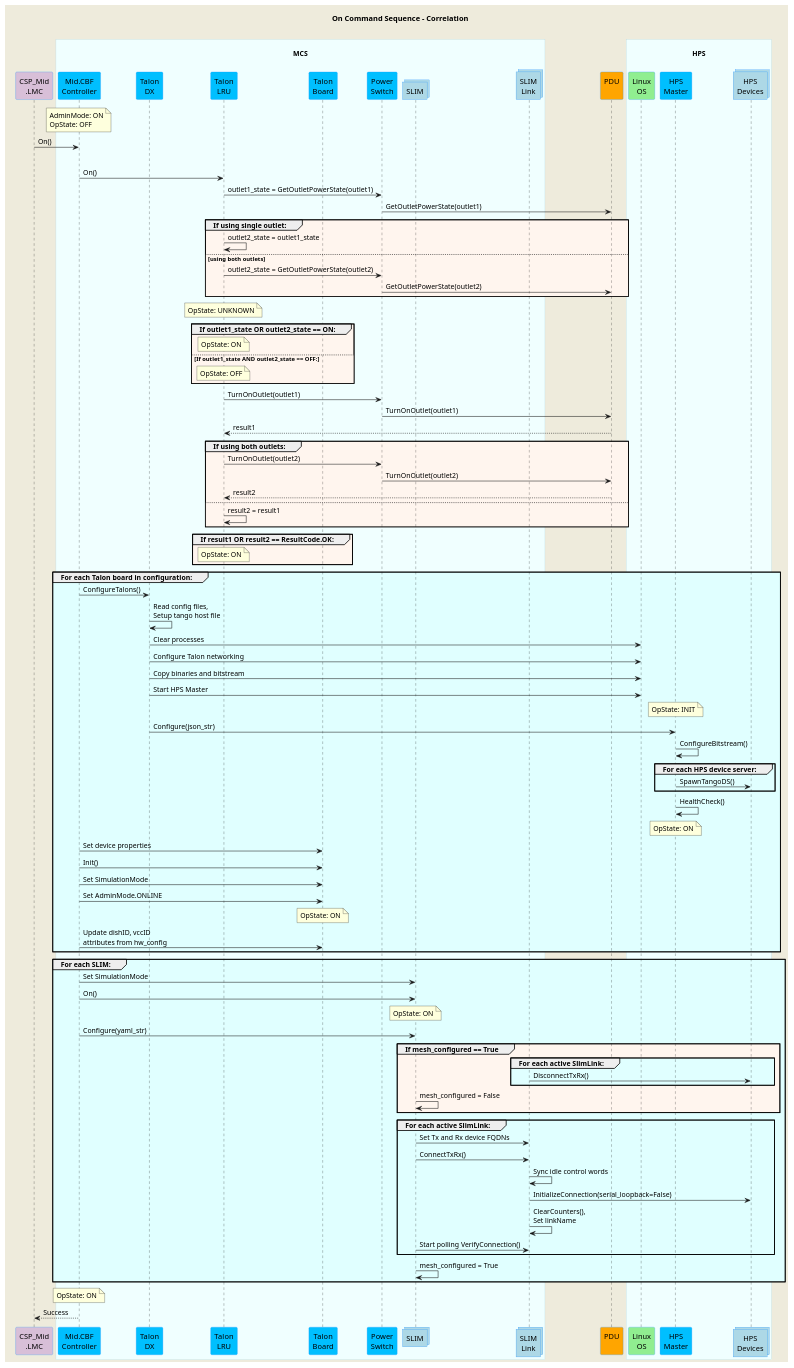
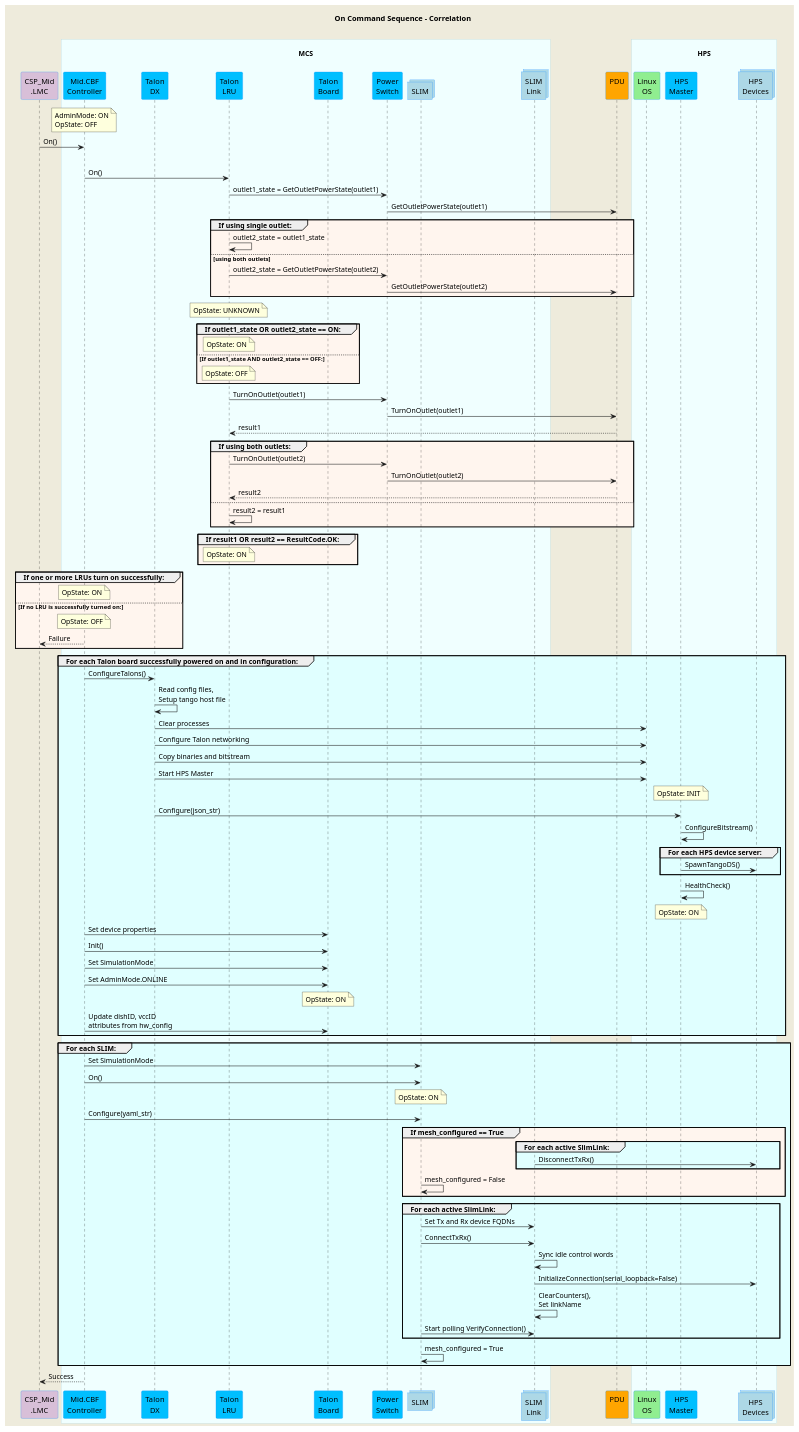
One commit to ska-telescope/mid-cbf-mcs changed the diagram in docs/src/diagrams/on-command-sequence.puml. Above: the diagram before and after it, drawn with PlantUML. The commit also changed 1 other file, not shown here.

Commit message:
CIP-2659 update contrller on/off UML diagrams

```diff
--- a/docs/src/diagrams/on-command-sequence.puml
+++ b/docs/src/diagrams/on-command-sequence.puml
@@ -1,125 +1,130 @@
 @startuml
 'https://plantuml.com/sequence-diagram
 skinparam backgroundColor #EEEBDC
 skinparam sequence {
 ParticipantBorderColor DodgerBlue
 ParticipantBackgroundColor DeepSkyBlue
 ActorBorderColor DarkGreen
 ActorBackgroundColor Green
 BoxBorderColor LightBlue
 BoxBackgroundColor #F0FFFF
 }
 skinparam collections {
   BackGroundColor LightBlue
   BorderColor DodgerBlue
 }
 skinparam database {
   BackgroundColor LightGreen
   BorderColor DarkGreen
 }
 title On Command Sequence - Correlation\n
 participant "CSP_Mid\n.LMC" as lmc #Thistle
 box "\nMCS\n"
   participant "Mid.CBF\nController" as controller
   participant "Talon\nDX" as tdx
   participant "Talon\nLRU" as lru
   participant "Talon\nBoard" as talon_board
   participant "Power\nSwitch" as ps
   collections "SLIM" as slim
   collections "SLIM\nLink" as slimlink
 end box
 participant "PDU\n" as pdu #Orange
 box "\nHPS\n"
   participant "Linux\nOS" as os #LightGreen
   participant "HPS\nMaster" as hpsmaster
   collections "HPS\nDevices" as hpsdevices
 end box
 
 note over controller            : AdminMode: ON\nOpState: OFF
 lmc -> controller               : On()
 
 group #LightCyan For each Talon LRU in configuration:
   controller    ->  lru         : On()
   lru           ->  ps          : outlet1_state = GetOutletPowerState(outlet1)
   ps            ->  pdu         : GetOutletPowerState(outlet1)
   group #SeaShell If using single outlet:
     lru         ->  lru         : outlet2_state = outlet1_state
   else using both outlets
     lru         ->  ps          : outlet2_state = GetOutletPowerState(outlet2)
     ps          ->  pdu         : GetOutletPowerState(outlet2)
   end group
 
   note over lru                 : OpState: UNKNOWN
   group #SeaShell If outlet1_state OR outlet2_state == ON:
     note over lru               : OpState: ON
   else If outlet1_state AND outlet2_state == OFF:
     note over lru               : OpState: OFF
   end group
 
   lru           ->  ps          : TurnOnOutlet(outlet1)
   ps            ->  pdu         : TurnOnOutlet(outlet1)
   pdu           --> lru         : result1
   group #SeaShell If using both outlets:
     lru         ->  ps          : TurnOnOutlet(outlet2)
     ps          ->  pdu         : TurnOnOutlet(outlet2)
     pdu         --> lru         : result2
   else
     lru         ->  lru         : result2 = result1
   end group
 
   group #SeaShell If result1 OR result2 == ResultCode.OK:
     note over lru               : OpState: ON
 end group
 
-group #LightCyan For each Talon board in configuration:
+group #SeaShell If one or more LRUs turn on successfully:
+  note over controller               : OpState: ON
+else If no LRU is successfully turned on:
+  note over controller               : OpState: OFF
+  lmc           <--  controller   : Failure
+end group
+
+group #LightCyan For each Talon board successfully powered on and in configuration:
   controller    ->  tdx         : ConfigureTalons()
   tdx           ->  tdx         : Read config files,\nSetup tango host file
   tdx           ->  os          : Clear processes
   tdx           ->  os          : Configure Talon networking
   tdx           ->  os          : Copy binaries and bitstream
   tdx           ->  os          : Start HPS Master
   note over hpsmaster           : OpState: INIT
   tdx           ->  hpsmaster   : Configure(json_str)
   hpsmaster     ->  hpsmaster   : ConfigureBitstream()
   group #LightCyan For each HPS device server:
     hpsmaster  -> hpsdevices    : SpawnTangoDS()
   end group
   hpsmaster     ->  hpsmaster   : HealthCheck()
   note over hpsmaster           : OpState: ON
 
   controller    ->  talon_board : Set device properties
   controller    ->  talon_board : Init()
   controller    ->  talon_board : Set SimulationMode
   controller    ->  talon_board : Set AdminMode.ONLINE
   note over talon_board         : OpState: ON
   controller    ->  talon_board : Update dishID, vccID\nattributes from hw_config
 end group
 
 group #LightCyan For each SLIM:
   controller      ->  slim      : Set SimulationMode
   controller      ->  slim      : On()
   note over slim                : OpState: ON
   controller      ->  slim      : Configure(yaml_str)
   group #SeaShell If mesh_configured == True
     group #LightCyan For each active SlimLink:
       slimlink    -> hpsdevices : DisconnectTxRx()
     end group
     slim          ->  slim      : mesh_configured = False
   end group
 
   group #LightCyan For each active SlimLink:
     slim        ->  slimlink    : Set Tx and Rx device FQDNs
     slim        ->  slimlink    : ConnectTxRx()
     slimlink    ->  slimlink    : Sync idle control words
     slimlink    ->  hpsdevices  : InitializeConnection(serial_loopback=False)
     slimlink    ->  slimlink    : ClearCounters(),\nSet linkName
     slim        ->  slimlink    : Start polling VerifyConnection()
   end group
   slim          ->  slim        : mesh_configured = True
 end group
 
-note over controller            : OpState: ON
-
 lmc           <--  controller   : Success
 
 @enduml
```
